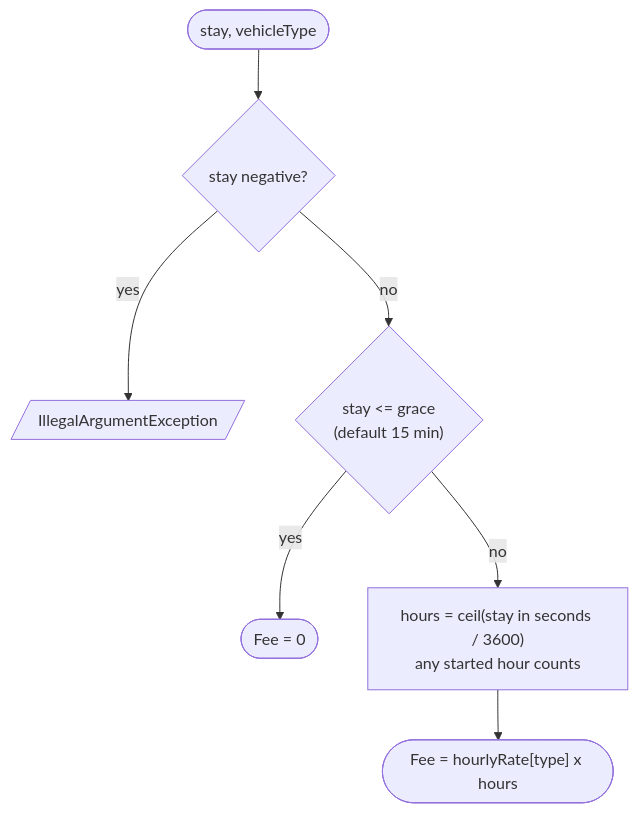
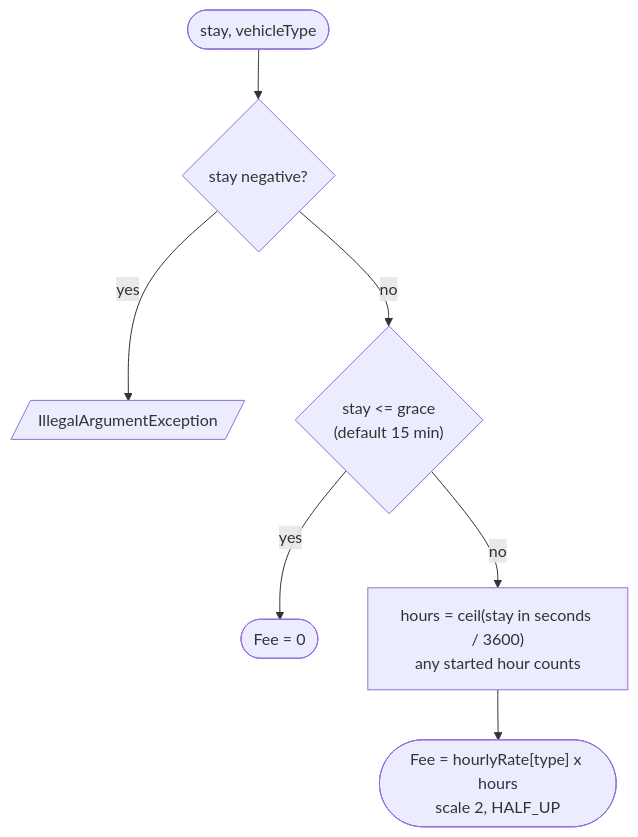
One commit to siddharanjan/ParkingLotSystem changed the seventh of 8 diagrams in docs/FLOWS.md. Above: the diagram before and after it, drawn with Mermaid. The commit also changed other lines of this file and 17 other files, not shown here.

````diff
--- a/docs/FLOWS.md
+++ b/docs/FLOWS.md
@@ -134,9 +152,9 @@
 ```mermaid
 flowchart TD
     A([stay, vehicleType]) --> B{stay negative?}
     B -- yes --> X[/IllegalArgumentException/]
     B -- no --> C{"stay <= grace<br/>(default 15 min)"}
     C -- yes --> Z([Fee = 0])
     C -- no --> D["hours = ceil(stay in seconds / 3600)<br/>any started hour counts"]
-    D --> E(["Fee = hourlyRate[type] x hours"])
+    D --> E(["Fee = hourlyRate[type] x hours<br/>scale 2, HALF_UP"])
 ```
````
